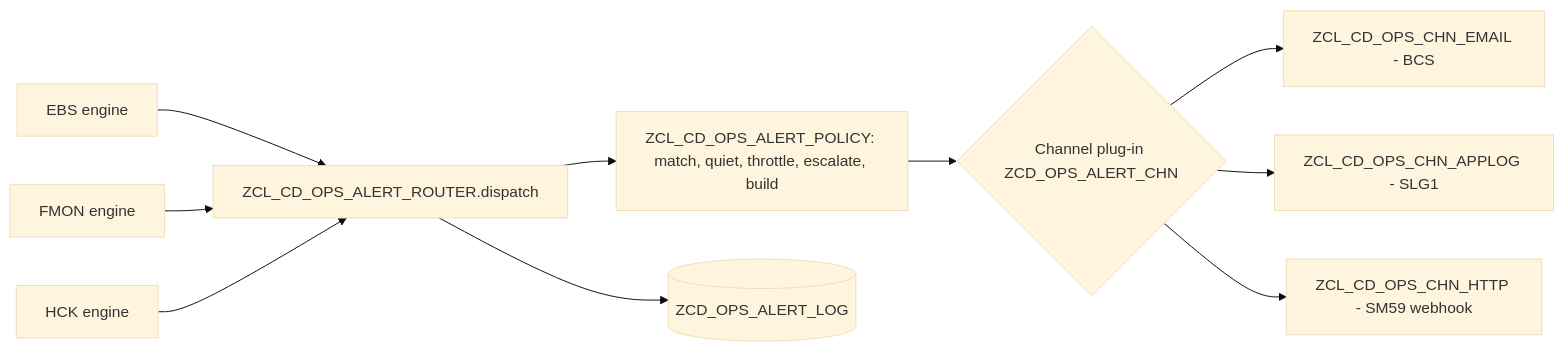
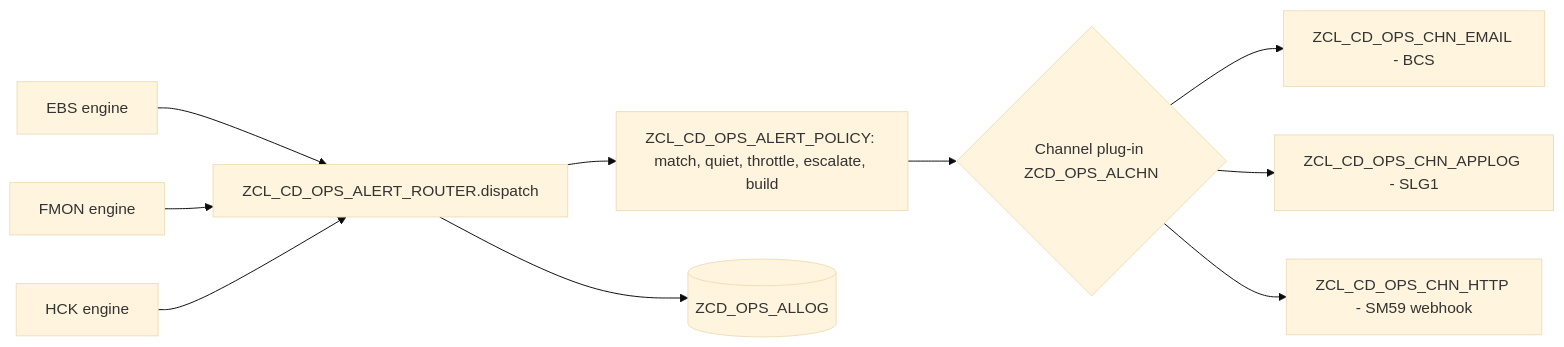
One commit to jaideep247/bai changed the diagram in ops-suite/docs/ALERTING.md. Above: the diagram before and after it, drawn with Mermaid (base theme). The commit also changed other lines of this file and 48 other files, not shown here.

````diff
--- a/ops-suite/docs/ALERTING.md
+++ b/ops-suite/docs/ALERTING.md
@@ -34,12 +34,12 @@
 ```mermaid
 flowchart LR
   EBS[EBS engine] --> R
   FMON[FMON engine] --> R
   HCK[HCK engine] --> R
   R[ZCL_CD_OPS_ALERT_ROUTER.dispatch] --> P[ZCL_CD_OPS_ALERT_POLICY: match, quiet, throttle, escalate, build]
-  P --> C{Channel plug-in ZCD_OPS_ALERT_CHN}
+  P --> C{Channel plug-in ZCD_OPS_ALCHN}
   C --> M[ZCL_CD_OPS_CHN_EMAIL - BCS]
   C --> L[ZCL_CD_OPS_CHN_APPLOG - SLG1]
   C --> H[ZCL_CD_OPS_CHN_HTTP - SM59 webhook]
-  R --> LOG[(ZCD_OPS_ALERT_LOG)]
+  R --> LOG[(ZCD_OPS_ALLOG)]
 ```
````
